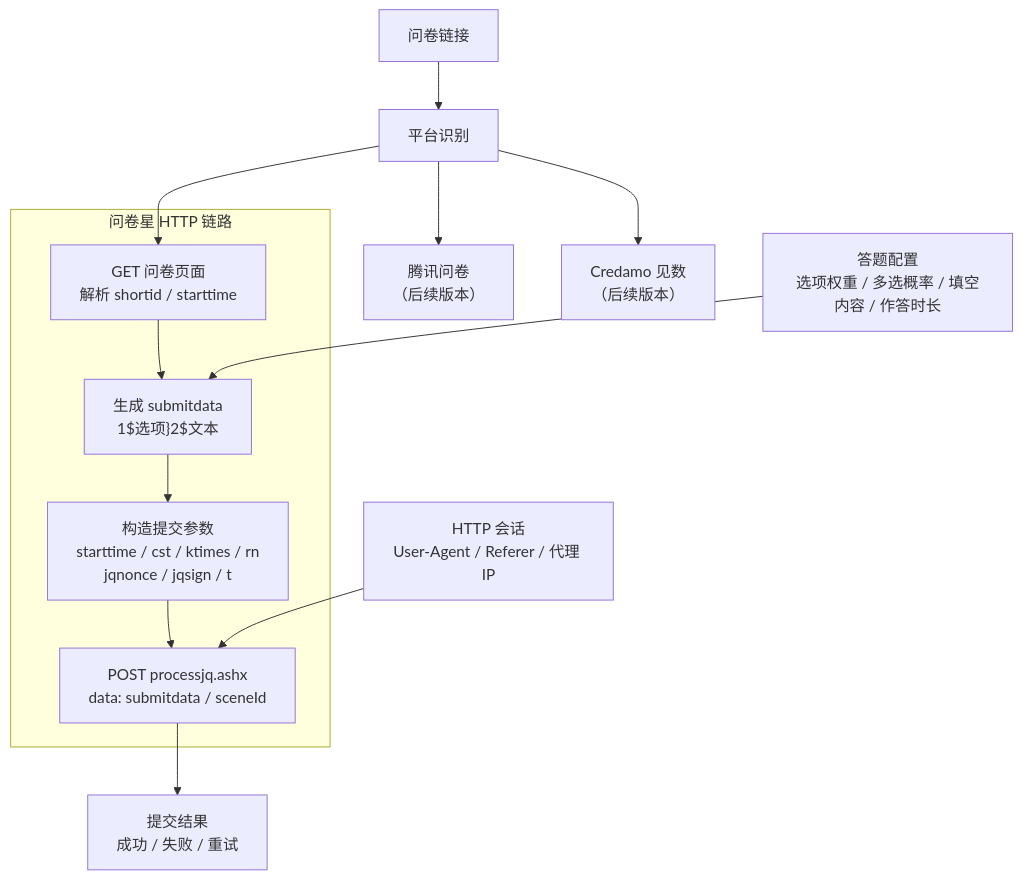
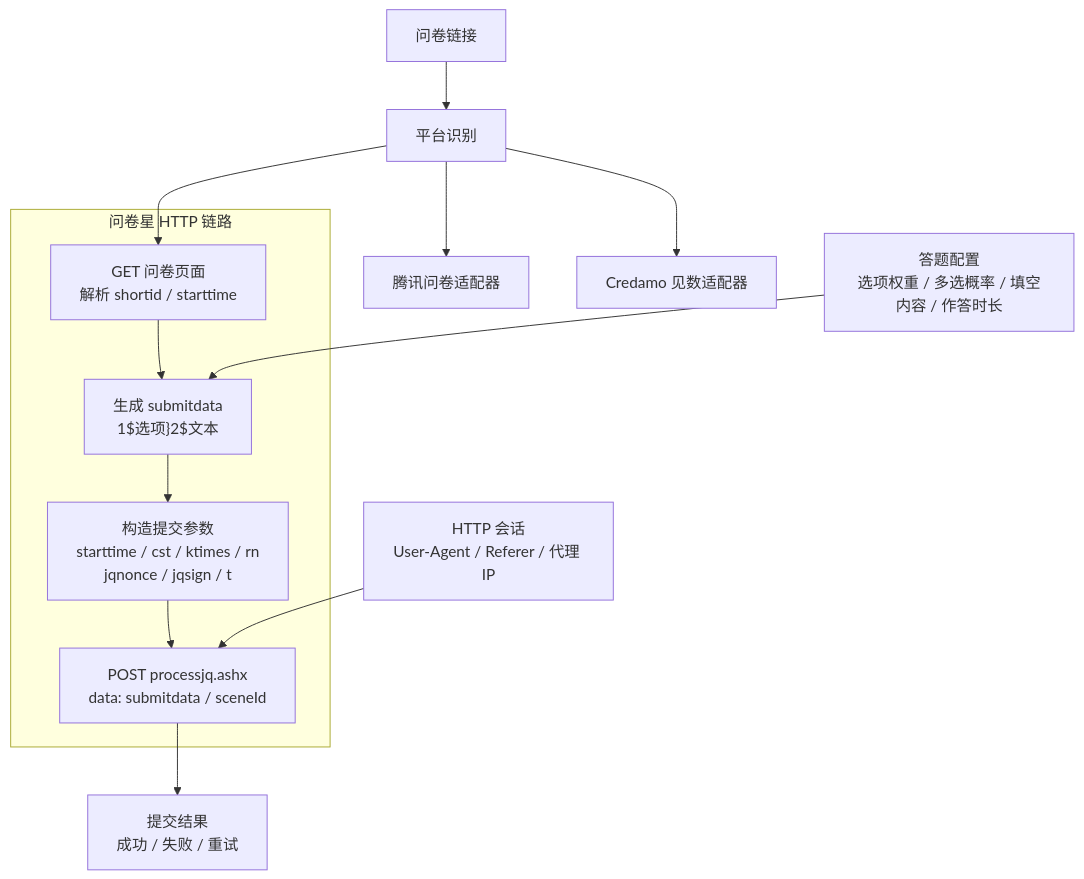
The diagram in README.md (SurveyController/SurveyController-Mac), drawn with Mermaid before and after one commit. The commit also changed other lines of this file and 17 other files, not shown here.

````diff
--- a/README.md
+++ b/README.md
@@ -88,25 +88,25 @@
 ```mermaid
 flowchart TB
   link["问卷链接"]
   detect["平台识别"]
   config["答题配置<br/>选项权重 / 多选概率 / 填空内容 / 作答时长"]
   session["HTTP 会话<br/>User-Agent / Referer / 代理 IP"]
   result["提交结果<br/>成功 / 失败 / 重试"]
 
   link --> detect
   detect --> wjx_parse
-  detect --> tencent_todo["腾讯问卷<br/>（后续版本）"]
-  detect --> credamo_todo["Credamo 见数<br/>（后续版本）"]
+  detect --> tencent["腾讯问卷适配器"]
+  detect --> credamo["Credamo 见数适配器"]
 
   subgraph wjx["问卷星 HTTP 链路"]
     wjx_parse["GET 问卷页面<br/>解析 shortid / starttime"]
     wjx_answer["生成 submitdata<br/>1$选项}2$文本"]
     wjx_params["构造提交参数<br/>starttime / cst / ktimes / rn<br/>jqnonce / jqsign / t"]
     wjx_submit["POST processjq.ashx<br/>data: submitdata / sceneId"]
     wjx_parse --> wjx_answer --> wjx_params --> wjx_submit
   end
 
   config --> wjx_answer
   session --> wjx_submit
   wjx_submit --> result
 ```
````
